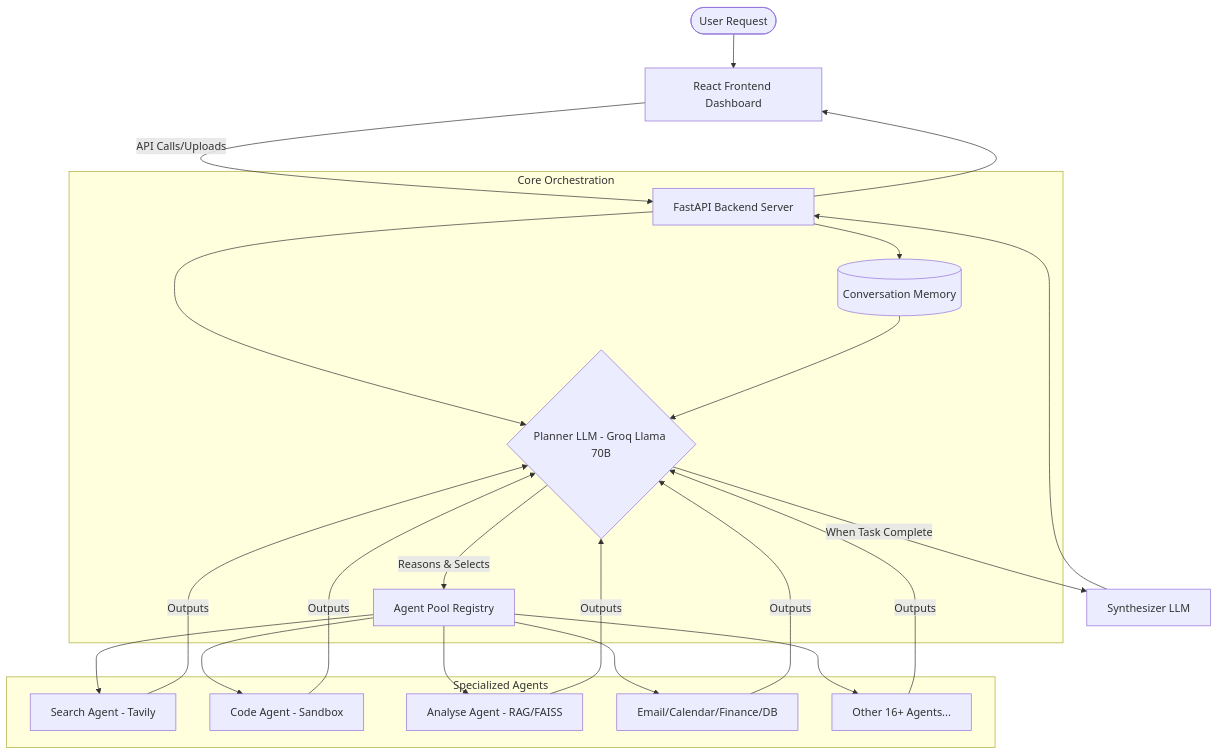
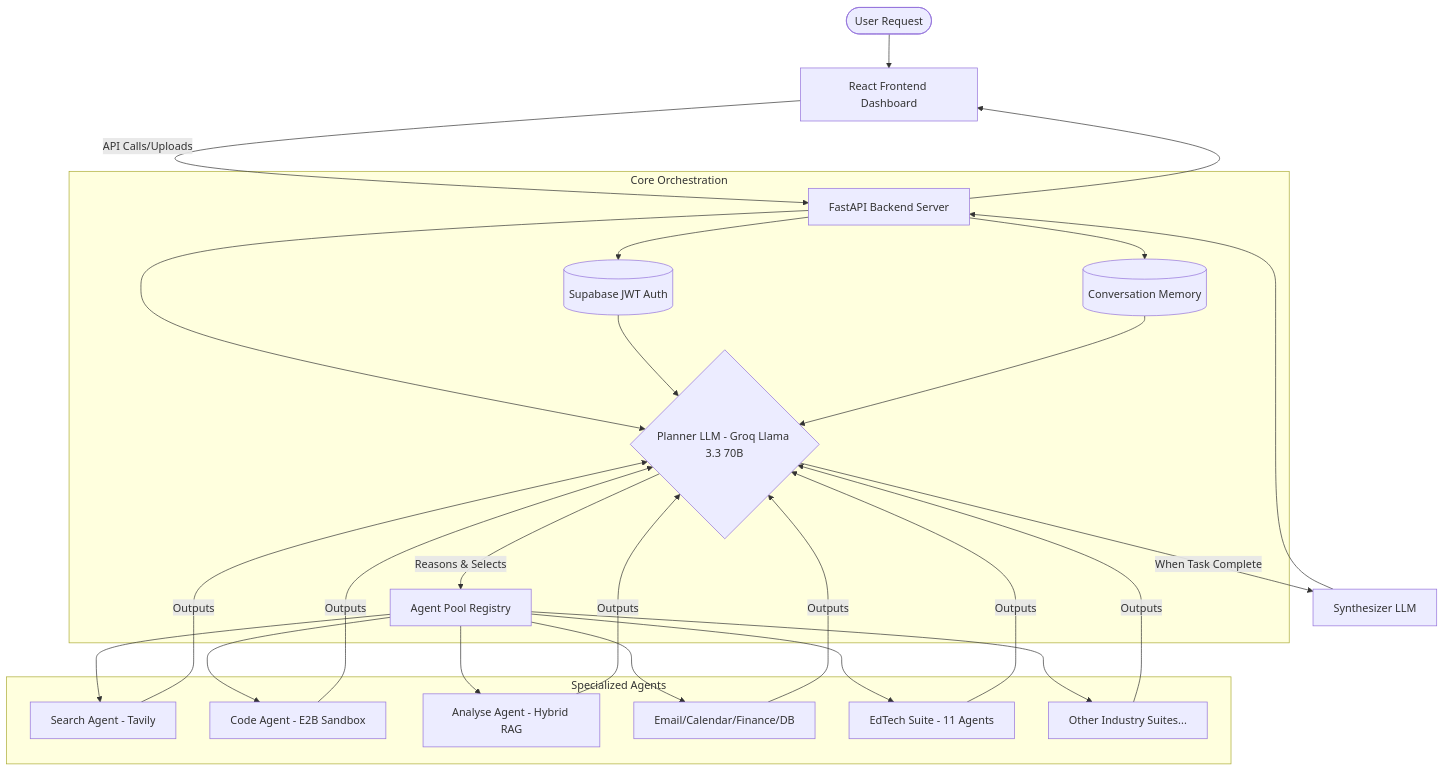
Before and after one commit to Krish2205/Autonomous-AI-Agent: the first of 2 diagrams in README.md, drawn with Mermaid. The commit also changed other lines of this file and 29 other files, not shown here.

Commit message:
Implemented EdTech Studio Suite.

````diff
--- a/README.md
+++ b/README.md
@@ -58,25 +60,28 @@
 ```mermaid
 graph TD
     User([User Request]) --> React[React Frontend Dashboard]
     React -- API Calls/Uploads --> Server[FastAPI Backend Server]
     
     subgraph Core Orchestration
+        Server --> Auth[(Supabase JWT Auth)]
         Server --> Memory[(Conversation Memory)]
-        Server --> Planner{Planner LLM - Groq Llama 70B}
+        Server --> Planner{Planner LLM - Groq Llama 3.3 70B}
+        Auth --> Planner
         Memory --> Planner
         Planner -- Reasons & Selects --> Registry[Agent Pool Registry]
     end
     
     subgraph Specialized Agents
         Registry --> A1[Search Agent - Tavily]
-        Registry --> A2[Code Agent - Sandbox]
-        Registry --> A3[Analyse Agent - RAG/FAISS]
+        Registry --> A2[Code Agent - E2B Sandbox]
+        Registry --> A3[Analyse Agent - Hybrid RAG]
         Registry --> A4[Email/Calendar/Finance/DB]
-        Registry --> A5[Other 16+ Agents...]
+        Registry --> A5[EdTech Suite - 11 Agents]
+        Registry --> A6[Other Industry Suites...]
     end
     
-    A1 & A2 & A3 & A4 & A5 -- Outputs --> Planner
+    A1 & A2 & A3 & A4 & A5 & A6 -- Outputs --> Planner
     Planner -- When Task Complete --> Synthesizer[Synthesizer LLM]
     Synthesizer --> Server
     Server --> React
 ```
````
